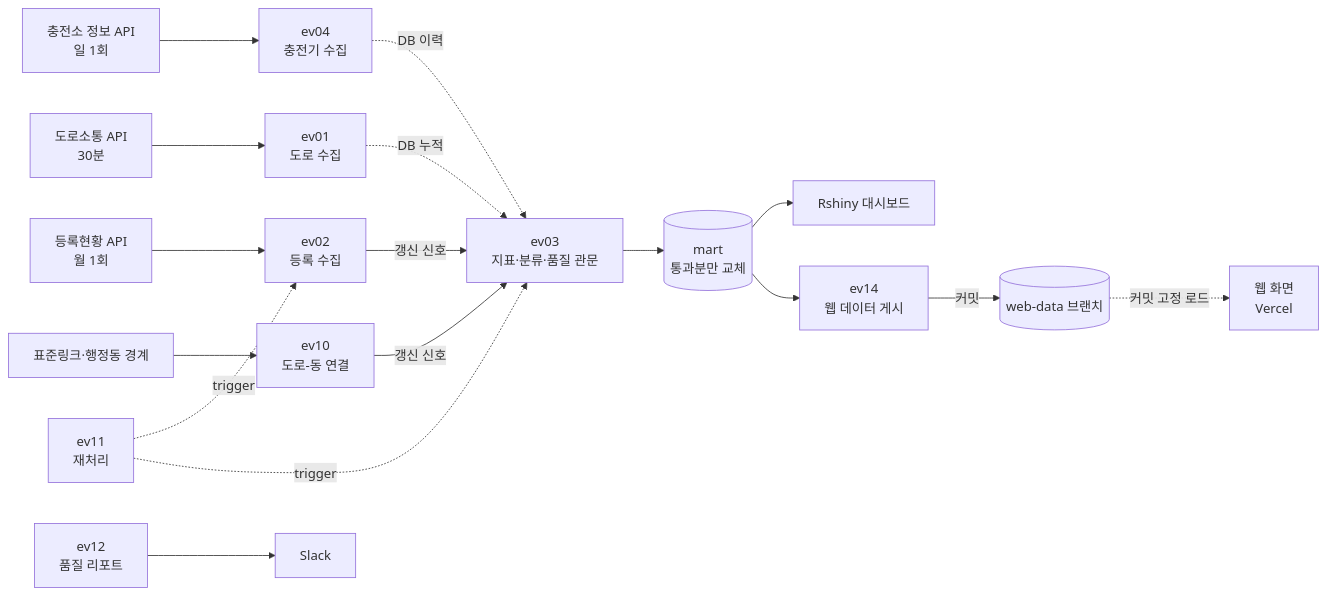
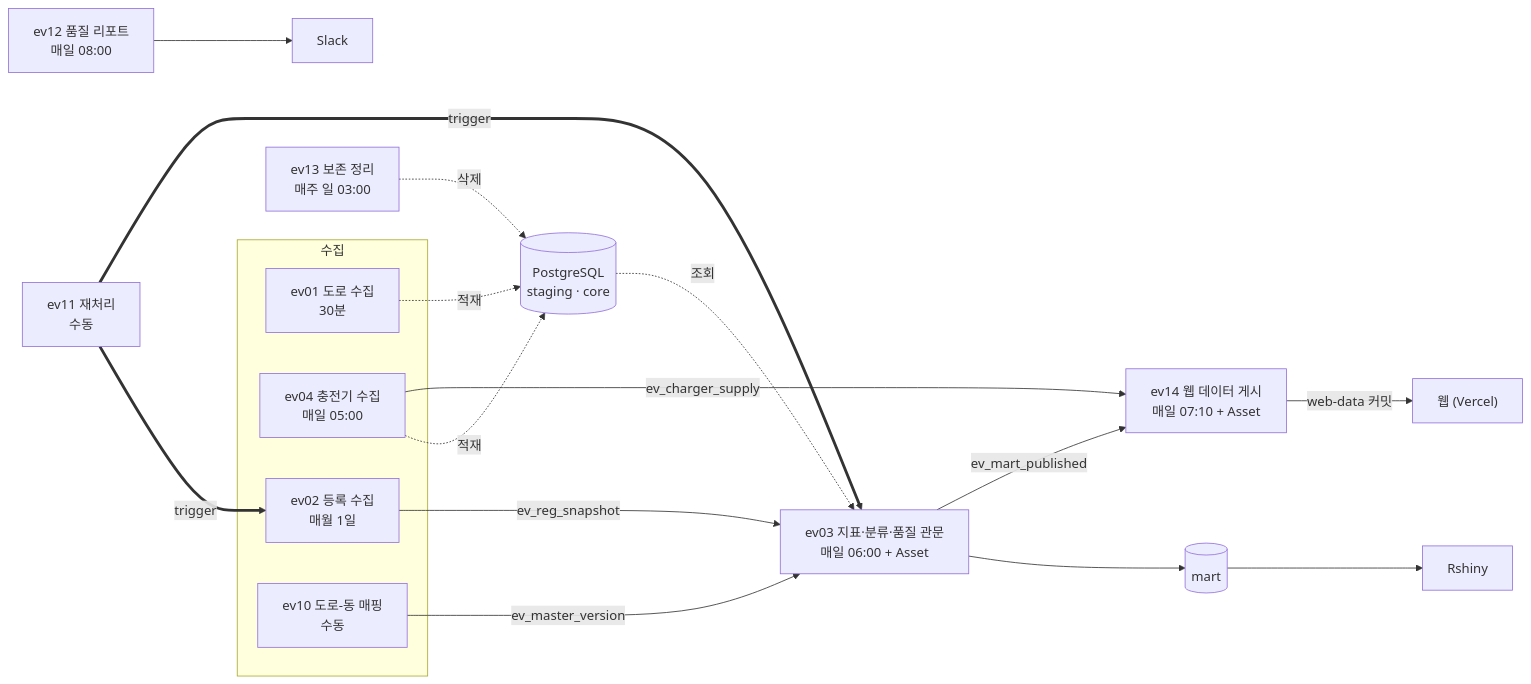
The diagram in README.md (CoderGogh/seoul-ev-data-platform), drawn with Mermaid before and after one commit. The commit also changed other lines of this file, not shown here.

````diff
--- a/README.md
+++ b/README.md
@@ -46,19 +56,30 @@
 ```mermaid
 flowchart LR
-    road["도로소통 API<br/>30분"] --> ev01["ev01<br/>도로 수집"]
-    reg["등록현황 API<br/>월 1회"] --> ev02["ev02<br/>등록 수집"]
-    chg["충전소 정보 API<br/>일 1회"] --> ev04["ev04<br/>충전기 수집"]
-    map["표준링크·행정동 경계"] --> ev10["ev10<br/>도로-동 연결"]
-    ev04 -. "DB 이력" .-> ev03
-    ev01 -. "DB 누적" .-> ev03
-    ev02 -- "갱신 신호" --> ev03
-    ev10 -- "갱신 신호" --> ev03
-    ev03["ev03<br/>지표·분류·품질 관문"] --> mart[("mart<br/>통과분만 교체")]
-    mart --> shiny["Rshiny 대시보드"]
-    mart --> ev14["ev14<br/>웹 데이터 게시"]
-    ev14 -- "커밋" --> data[("web-data 브랜치")]
-    data -. "커밋 고정 로드" .-> web["웹 화면<br/>Vercel"]
-    ev12["ev12<br/>품질 리포트"] --> slack["Slack"]
-    ev11["ev11<br/>재처리"] -. trigger .-> ev02
-    ev11 -. trigger .-> ev03
+    subgraph 수집
+        ev01["ev01 도로 수집<br/>30분"]
+        ev04["ev04 충전기 수집<br/>매일 05:00"]
+        ev02["ev02 등록 수집<br/>매월 1일"]
+        ev10["ev10 도로-동 매핑<br/>수동"]
+    end
+    db[("PostgreSQL<br/>staging · core")]
+    ev03["ev03 지표·분류·품질 관문<br/>매일 06:00 + Asset"]
+    mart[("mart")]
+    ev14["ev14 웹 데이터 게시<br/>매일 07:10 + Asset"]
+    web["웹 (Vercel)"]
+    shiny["Rshiny"]
+
+    ev01 -. 적재 .-> db
+    ev04 -. 적재 .-> db
+    db -. 조회 .-> ev03
+    ev02 -- ev_reg_snapshot --> ev03
+    ev10 -- ev_master_version --> ev03
+    ev03 --> mart --> shiny
+    ev03 -- ev_mart_published --> ev14
+    ev04 -- ev_charger_supply --> ev14
+    ev14 -- web-data 커밋 --> web
+
+    ev11["ev11 재처리<br/>수동"] == trigger ==> ev02
+    ev11 == trigger ==> ev03
+    ev12["ev12 품질 리포트<br/>매일 08:00"] --> slack["Slack"]
+    ev13["ev13 보존 정리<br/>매주 일 03:00"] -. 삭제 .-> db
 ```
````
